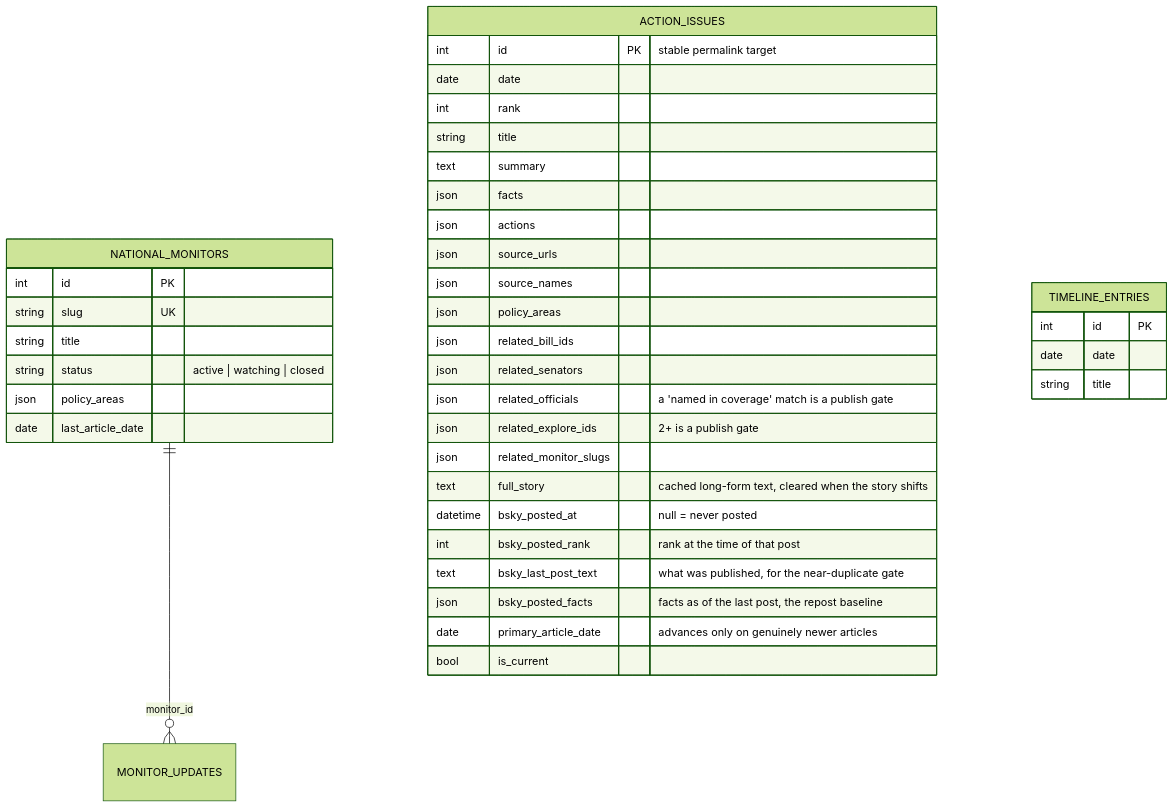
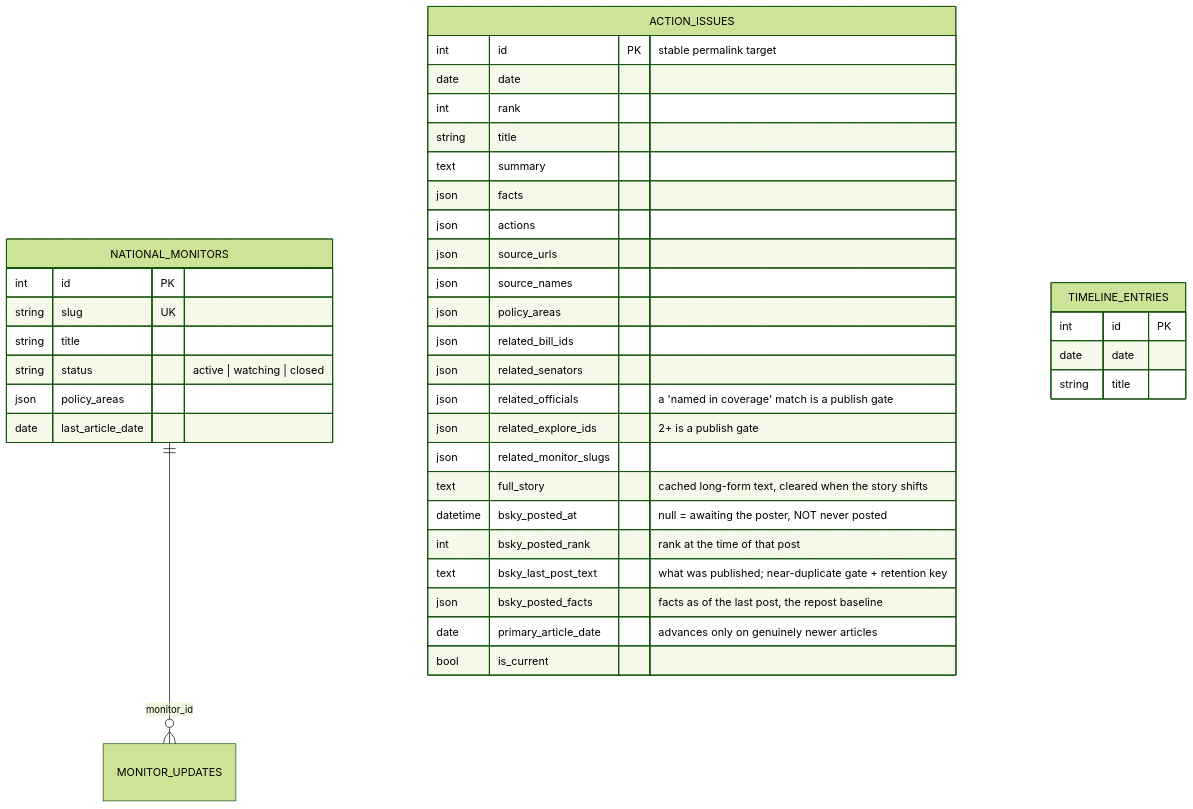
One commit to kamoras/civitas changed the third of 4 diagrams in docs/diagrams/07-data-model.md. Above: the diagram before and after it, drawn with Mermaid (forest theme). The commit also changed other lines of this file and 4 other files, not shown here.

````diff
--- a/docs/diagrams/07-data-model.md
+++ b/docs/diagrams/07-data-model.md
@@ -125,44 +125,44 @@
 ```mermaid
 erDiagram
     NATIONAL_MONITORS ||--o{ MONITOR_UPDATES : "monitor_id"
 
     ACTION_ISSUES {
         int id PK "stable permalink target"
         date date
         int rank
         string title
         text summary
         json facts
         json actions
         json source_urls
         json source_names
         json policy_areas
         json related_bill_ids
         json related_senators
         json related_officials "a 'named in coverage' match is a publish gate"
         json related_explore_ids "2+ is a publish gate"
         json related_monitor_slugs
         text full_story "cached long-form text, cleared when the story shifts"
-        datetime bsky_posted_at "null = never posted"
+        datetime bsky_posted_at "null = awaiting the poster, NOT never posted"
         int bsky_posted_rank "rank at the time of that post"
-        text bsky_last_post_text "what was published, for the near-duplicate gate"
+        text bsky_last_post_text "what was published; near-duplicate gate + retention key"
         json bsky_posted_facts "facts as of the last post, the repost baseline"
         date primary_article_date "advances only on genuinely newer articles"
         bool is_current
     }
 
     NATIONAL_MONITORS {
         int id PK
         string slug UK
         string title
         string status "active | watching | closed"
         json policy_areas
         date last_article_date
     }
 
     TIMELINE_ENTRIES {
         int id PK
         date date
         string title
     }
 ```
````
